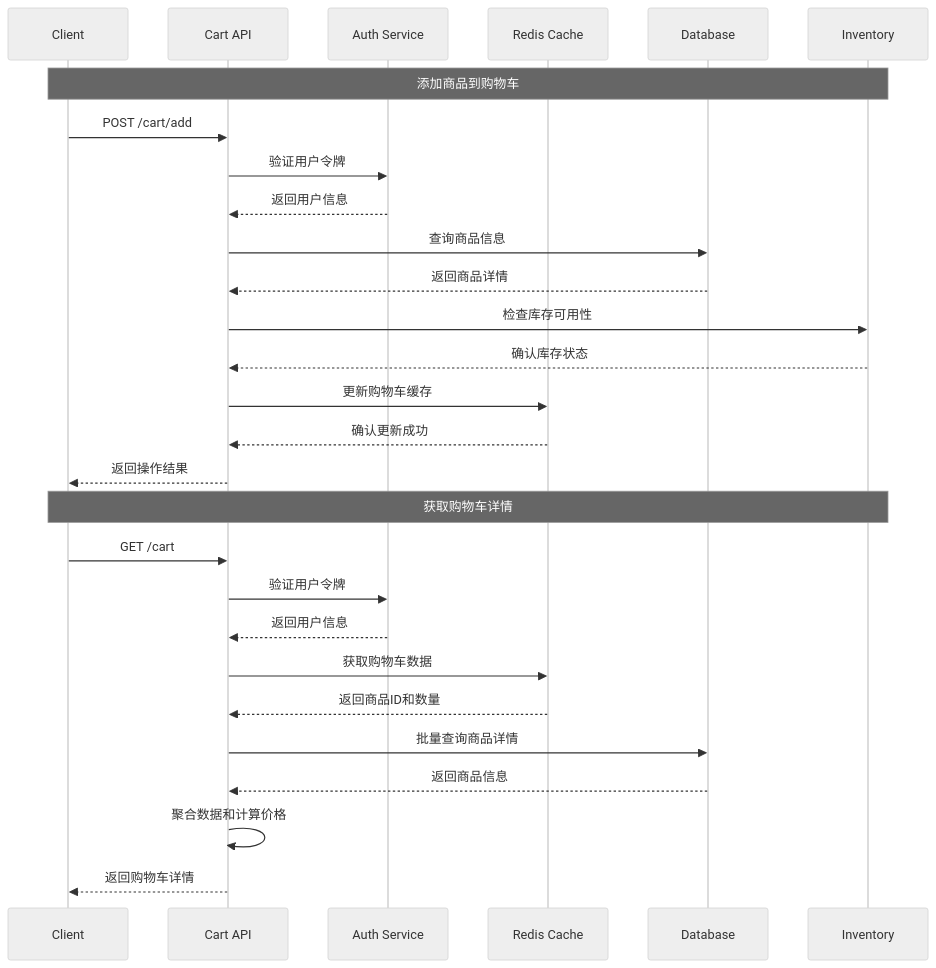
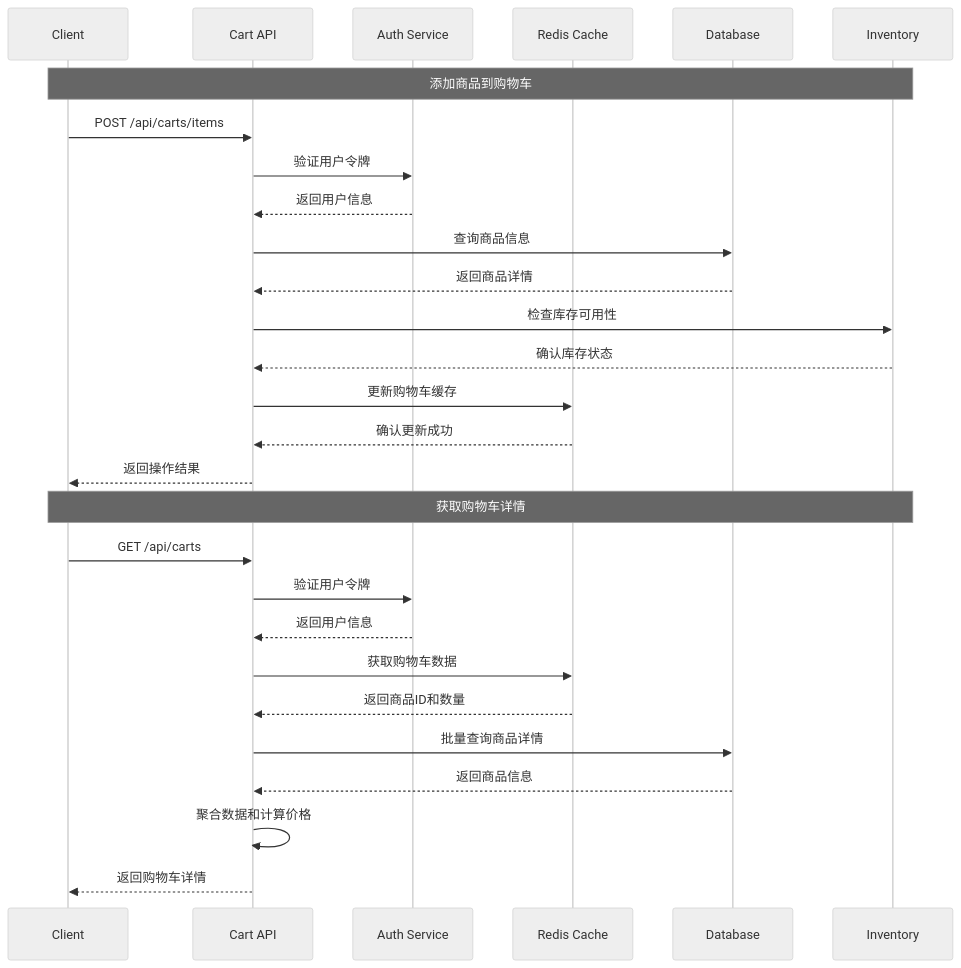
One commit to HaoranTong/ecommerce_platform changed the second of 2 diagrams in docs/modules/shopping-cart/api-implementation.md. Above: the diagram before and after it, drawn with Mermaid (neutral theme). The commit also changed other lines of this file, not shown here.

````diff
--- a/docs/modules/shopping-cart/api-implementation.md
+++ b/docs/modules/shopping-cart/api-implementation.md
@@ -66,32 +66,32 @@
 ```mermaid
 sequenceDiagram
     participant C as Client
     participant A as Cart API
     participant Auth as Auth Service
     participant Cache as Redis Cache
     participant DB as Database
     participant Stock as Inventory
     
     Note over C,Stock: 添加商品到购物车
-    C->>A: POST /cart/add
+    C->>A: POST /api/carts/items
     A->>Auth: 验证用户令牌
     Auth-->>A: 返回用户信息
     A->>DB: 查询商品信息
     DB-->>A: 返回商品详情
     A->>Stock: 检查库存可用性
     Stock-->>A: 确认库存状态
     A->>Cache: 更新购物车缓存
     Cache-->>A: 确认更新成功
     A-->>C: 返回操作结果
     
     Note over C,Stock: 获取购物车详情
-    C->>A: GET /cart
+    C->>A: GET /api/carts
     A->>Auth: 验证用户令牌
     Auth-->>A: 返回用户信息
     A->>Cache: 获取购物车数据
     Cache-->>A: 返回商品ID和数量
     A->>DB: 批量查询商品详情
     DB-->>A: 返回商品信息
     A->>A: 聚合数据和计算价格
     A-->>C: 返回购物车详情
 ```
````
